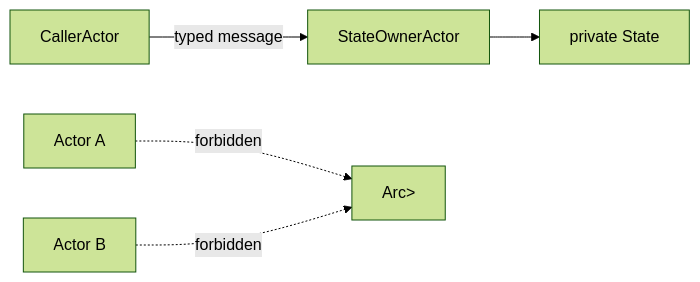
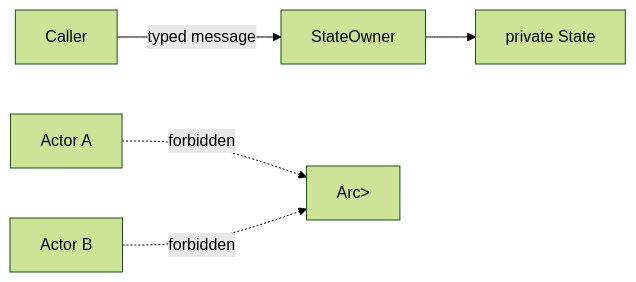
Before and after one commit to LiGoldragon/primary: the second of 4 diagrams in skills/actor-systems.md, drawn with Mermaid (forest theme). The commit also changed other lines of this file and 6 other files, not shown here.

````diff
--- a/skills/actor-systems.md
+++ b/skills/actor-systems.md
@@ -151,8 +154,8 @@
 ```mermaid
 flowchart LR
-    owner["StateOwnerActor"] --> state["private State"]
-    caller["CallerActor"] -->|typed message| owner
+    owner["StateOwner"] --> state["private State"]
+    caller["Caller"] -->|typed message| owner
 
     bad_a["Actor A"] -. forbidden .-> lock["Arc<Mutex<State>>"]
     bad_b["Actor B"] -. forbidden .-> lock
 ```
````
